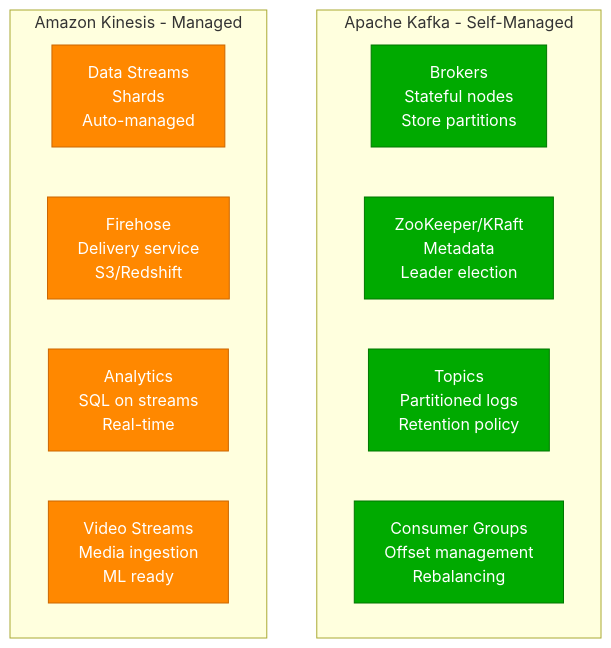
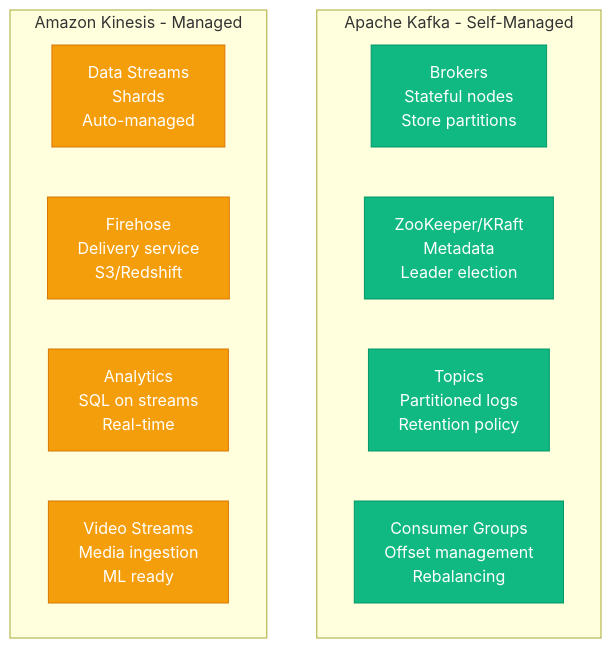
Before and after one commit to deepaucksharma/DS: the first of 8 diagrams in site/docs/comparisons/kafka-vs-kinesis.md, drawn with Mermaid. The commit also changed 303 other files, not shown here.

````diff
--- a/site/docs/comparisons/kafka-vs-kinesis.md
+++ b/site/docs/comparisons/kafka-vs-kinesis.md
@@ -9,23 +9,23 @@
 ```mermaid
 graph TB
     subgraph Kafka[Apache Kafka - Self-Managed]
         KF_BROKER[Brokers<br/>Stateful nodes<br/>Store partitions]
         KF_ZK[ZooKeeper/KRaft<br/>Metadata<br/>Leader election]
         KF_TOPIC[Topics<br/>Partitioned logs<br/>Retention policy]
         KF_CONSUMER[Consumer Groups<br/>Offset management<br/>Rebalancing]
     end
 
     subgraph Kinesis[Amazon Kinesis - Managed]
         KIN_STREAM[Data Streams<br/>Shards<br/>Auto-managed]
         KIN_FIREHOSE[Firehose<br/>Delivery service<br/>S3/Redshift]
         KIN_ANALYTICS[Analytics<br/>SQL on streams<br/>Real-time]
         KIN_VIDEO[Video Streams<br/>Media ingestion<br/>ML ready]
     end
 
     %% Apply colors
-    classDef kafkaStyle fill:#00AA00,stroke:#007700,color:#fff
-    classDef kinesisStyle fill:#FF8800,stroke:#CC6600,color:#fff
+    classDef kafkaStyle fill:#10B981,stroke:#059669,color:#fff
+    classDef kinesisStyle fill:#F59E0B,stroke:#D97706,color:#fff
 
     class KF_BROKER,KF_ZK,KF_TOPIC,KF_CONSUMER kafkaStyle
     class KIN_STREAM,KIN_FIREHOSE,KIN_ANALYTICS,KIN_VIDEO kinesisStyle
 ```
````
